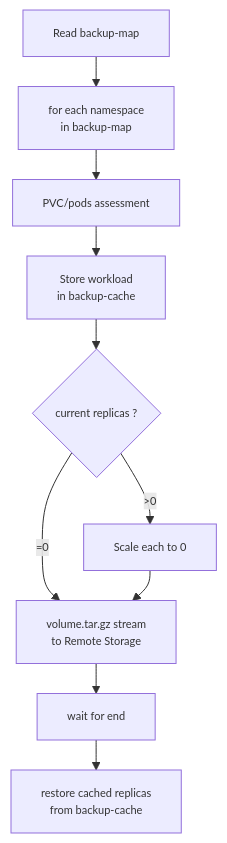
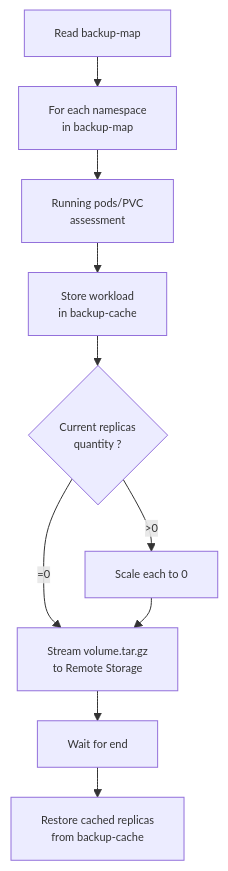
The first of 2 diagrams in README.md (Cosmo-Tech/bkup), drawn with Mermaid before and after one commit. The commit also changed other lines of this file and 1 other file, not shown here.

````diff
--- a/README.md
+++ b/README.md
@@ -240,14 +247,14 @@
 ```mermaid
 %%{init: { 'themeVariables': { 'fontSize': '11px' }, 'flowchart': { 'rankSpacing': 30 } } }%%
 flowchart TD
     A[Read backup-map]
-    --> B[for each namespace <br> in backup-map]
-    --> C[PVC/pods assessment]
+    --> B[For each namespace <br> in backup-map]
+    --> C[Running pods/PVC <br> assessment]
     --> D[Store workload <br> in backup-cache]
-    D --> E{current replicas ?}
+    D --> E{Current replicas <br> quantity ?}
     E -->|>0| F[Scale each to 0]
     E -->|=0| G[Keep as it is]
-    F --> G[volume.tar.gz stream <br> to Remote Storage]
-    G --> H[wait for end]
-    H --> I[restore cached replicas <br> from backup-cache]
+    F --> G[Stream volume.tar.gz <br> to Remote Storage]
+    G --> H[Wait for end]
+    H --> I[Restore cached replicas <br> from backup-cache]
 ```
````
